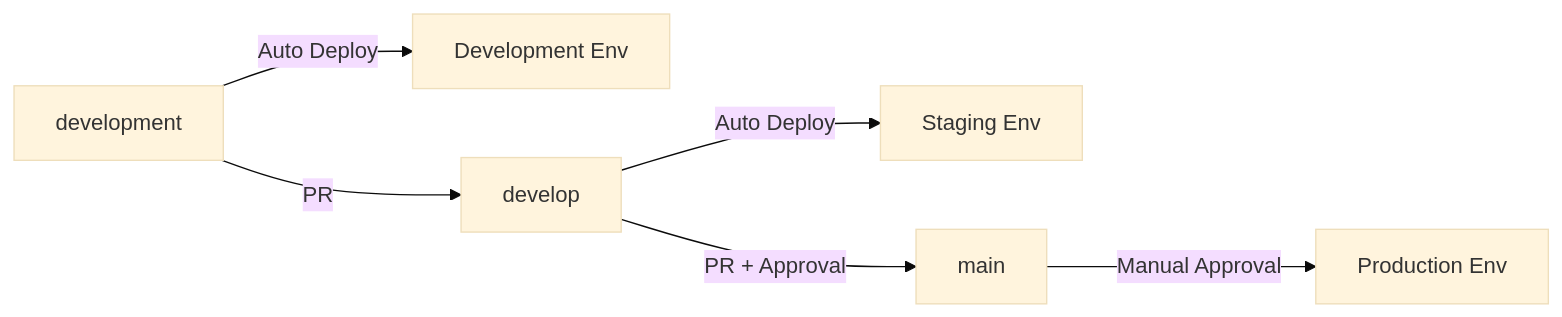
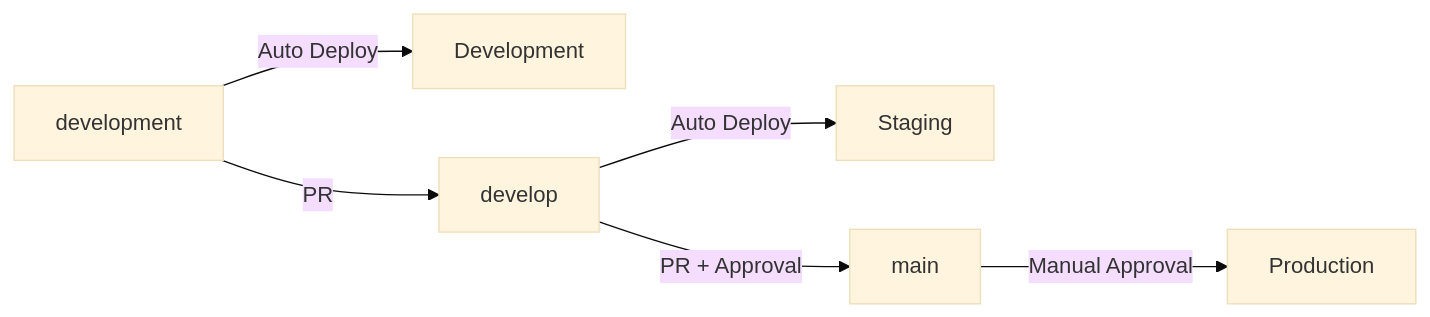
One commit to atakanzaa/incident-platform changed the diagram in README.md. Above: the diagram before and after it, drawn with Mermaid (base theme). The commit also changed other lines of this file, not shown here.

````diff
--- a/README.md
+++ b/README.md
@@ -182,9 +225,9 @@
 ```mermaid
 graph LR
-    A[development] -->|Auto Deploy| B[Development Env]
-    C[develop] -->|Auto Deploy| D[Staging Env]
-    E[main] -->|Manual Approval| F[Production Env]
-    
+    A[development] -->|Auto Deploy| B[Development]
+    C[develop] -->|Auto Deploy| D[Staging]
+    E[main] -->|Manual Approval| F[Production]
+
     A -->|PR| C
     C -->|PR + Approval| E
 ```
````
